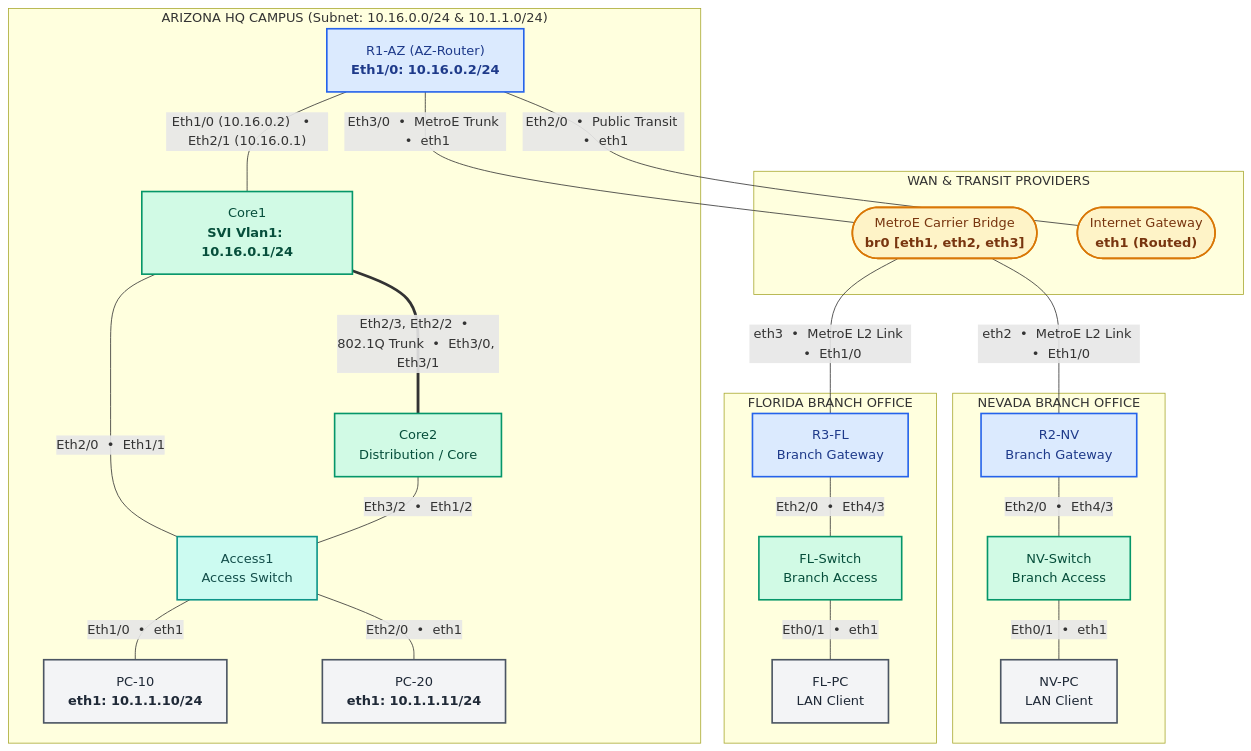
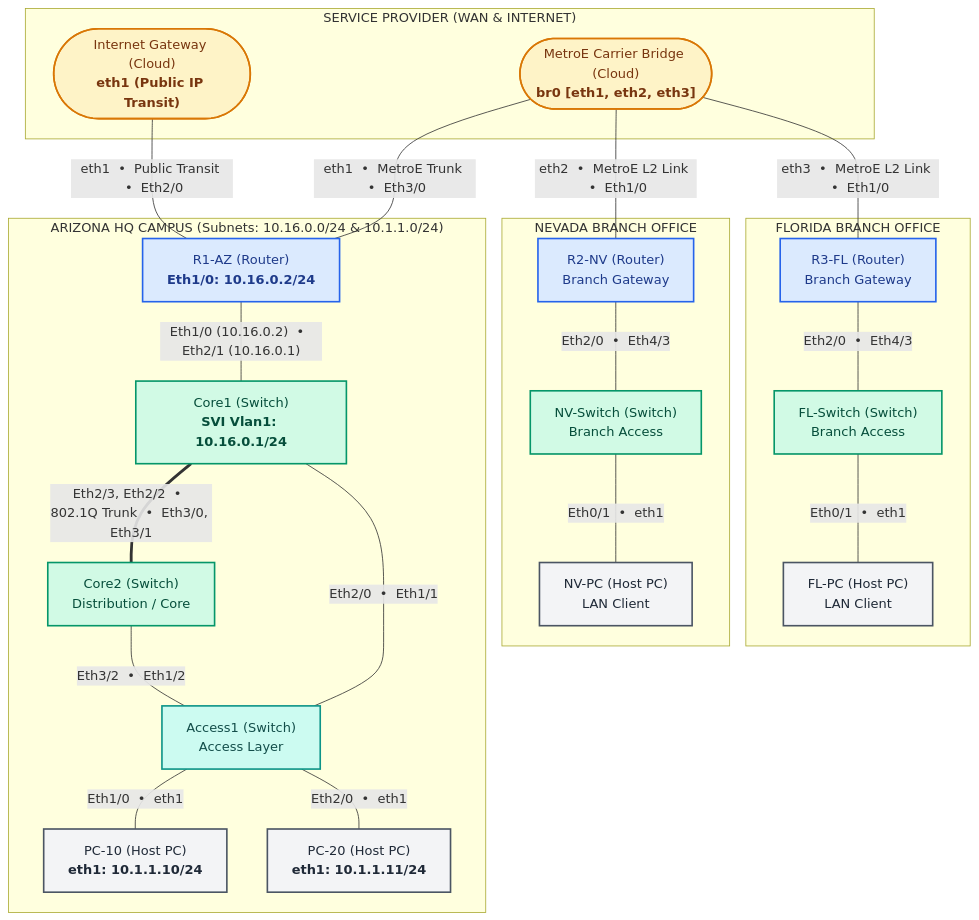
One commit to Ahmed-Alaa-Gomaa-Mohammed/ccna-study-labs changed the diagram in Arizona-Nevada-Florida-lab/README.md. Above: the diagram before and after it, drawn with Mermaid. The commit also changed 10 other files, not shown here.

Commit message:
feat(diagram): add GNS3/topoviewer networking icons and group Service Provider

````diff
--- a/Arizona-Nevada-Florida-lab/README.md
+++ b/Arizona-Nevada-Florida-lab/README.md
@@ -14,52 +14,52 @@
 ```mermaid
 flowchart TD
     classDef router fill:#DBEAFE,stroke:#2563EB,stroke-width:2px,color:#1E3A8A;
     classDef switch fill:#D1FAE5,stroke:#059669,stroke-width:2px,color:#064E3B;
     classDef access fill:#CCFBF1,stroke:#0D9488,stroke-width:2px,color:#134E4A;
     classDef cloud fill:#FEF3C7,stroke:#D97706,stroke-width:2px,color:#78350F;
     classDef host fill:#F3F4F6,stroke:#4B5563,stroke-width:2px,color:#1F2937;
 
-    subgraph Arizona_HQ ["ARIZONA HQ CAMPUS (Subnet: 10.16.0.0/24 & 10.1.1.0/24)"]
-        R1["R1-AZ (AZ-Router)<br><b>Eth1/0: 10.16.0.2/24</b>"]:::router
-        Core1["Core1<br><b>SVI Vlan1: 10.16.0.1/24</b>"]:::switch
-        Core2["Core2<br>Distribution / Core"]:::switch
-        Access1["Access1<br>Access Switch"]:::access
-        PC10["PC-10<br><b>eth1: 10.1.1.10/24</b>"]:::host
-        PC20["PC-20<br><b>eth1: 10.1.1.11/24</b>"]:::host
+    subgraph Service_Provider ["SERVICE PROVIDER (WAN & INTERNET)"]
+        Internet(["Internet Gateway (Cloud)<br><b>eth1 (Public IP Transit)</b>"]):::cloud
+        MetroE(["MetroE Carrier Bridge (Cloud)<br><b>br0 [eth1, eth2, eth3]</b>"]):::cloud
+    end
 
-        R1 ---|"Eth1/0 (10.16.0.2) &nbsp;&nbsp;&bull;&nbsp;&nbsp; Eth2/1 (10.16.0.1)"| Core1
+    subgraph Arizona_HQ ["ARIZONA HQ CAMPUS (Subnets: 10.16.0.0/24 & 10.1.1.0/24)"]
+        R1["R1-AZ (Router)<br><b>Eth1/0: 10.16.0.2/24</b>"]:::router
+        Core1["Core1 (Switch)<br><b>SVI Vlan1: 10.16.0.1/24</b>"]:::switch
+        Core2["Core2 (Switch)<br>Distribution / Core"]:::switch
+        Access1["Access1 (Switch)<br>Access Layer"]:::access
+        PC10["PC-10 (Host PC)<br><b>eth1: 10.1.1.10/24</b>"]:::host
+        PC20["PC-20 (Host PC)<br><b>eth1: 10.1.1.11/24</b>"]:::host
+
+        R1 ---|"Eth1/0 (10.16.0.2) &nbsp;&bull;&nbsp; Eth2/1 (10.16.0.1)"| Core1
         Core1 ===|"Eth2/3, Eth2/2 &nbsp;&bull;&nbsp; 802.1Q Trunk &nbsp;&bull;&nbsp; Eth3/0, Eth3/1"| Core2
         Core1 ---|"Eth2/0 &nbsp;&bull;&nbsp; Eth1/1"| Access1
         Core2 ---|"Eth3/2 &nbsp;&bull;&nbsp; Eth1/2"| Access1
         Access1 ---|"Eth1/0 &nbsp;&bull;&nbsp; eth1"| PC10
         Access1 ---|"Eth2/0 &nbsp;&bull;&nbsp; eth1"| PC20
     end
 
-    subgraph WAN_Transit ["WAN & TRANSIT PROVIDERS"]
-        MetroE(["MetroE Carrier Bridge<br><b>br0 [eth1, eth2, eth3]</b>"]):::cloud
-        Internet(["Internet Gateway<br><b>eth1 (Routed)</b>"]):::cloud
-    end
-
     subgraph Nevada_Branch ["NEVADA BRANCH OFFICE"]
-        R2["R2-NV<br>Branch Gateway"]:::router
-        NVSwitch["NV-Switch<br>Branch Access"]:::switch
-        NVPC["NV-PC<br>LAN Client"]:::host
+        R2["R2-NV (Router)<br>Branch Gateway"]:::router
+        NVSwitch["NV-Switch (Switch)<br>Branch Access"]:::switch
+        NVPC["NV-PC (Host PC)<br>LAN Client"]:::host
 
         R2 ---|"Eth2/0 &nbsp;&bull;&nbsp; Eth4/3"| NVSwitch
         NVSwitch ---|"Eth0/1 &nbsp;&bull;&nbsp; eth1"| NVPC
     end
 
     subgraph Florida_Branch ["FLORIDA BRANCH OFFICE"]
-        R3["R3-FL<br>Branch Gateway"]:::router
-        FLSwitch["FL-Switch<br>Branch Access"]:::switch
-        FLPC["FL-PC<br>LAN Client"]:::host
+        R3["R3-FL (Router)<br>Branch Gateway"]:::router
+        FLSwitch["FL-Switch (Switch)<br>Branch Access"]:::switch
+        FLPC["FL-PC (Host PC)<br>LAN Client"]:::host
 
         R3 ---|"Eth2/0 &nbsp;&bull;&nbsp; Eth4/3"| FLSwitch
         FLSwitch ---|"Eth0/1 &nbsp;&bull;&nbsp; eth1"| FLPC
     end
 
-    R1 ---|"Eth3/0 &nbsp;&bull;&nbsp; MetroE Trunk &nbsp;&bull;&nbsp; eth1"| MetroE
-    R1 ---|"Eth2/0 &nbsp;&bull;&nbsp; Public Transit &nbsp;&bull;&nbsp; eth1"| Internet
+    Internet ---|"eth1 &nbsp;&bull;&nbsp; Public Transit &nbsp;&bull;&nbsp; Eth2/0"| R1
+    MetroE ---|"eth1 &nbsp;&bull;&nbsp; MetroE Trunk &nbsp;&bull;&nbsp; Eth3/0"| R1
     MetroE ---|"eth2 &nbsp;&bull;&nbsp; MetroE L2 Link &nbsp;&bull;&nbsp; Eth1/0"| R2
     MetroE ---|"eth3 &nbsp;&bull;&nbsp; MetroE L2 Link &nbsp;&bull;&nbsp; Eth1/0"| R3
 ```
````
